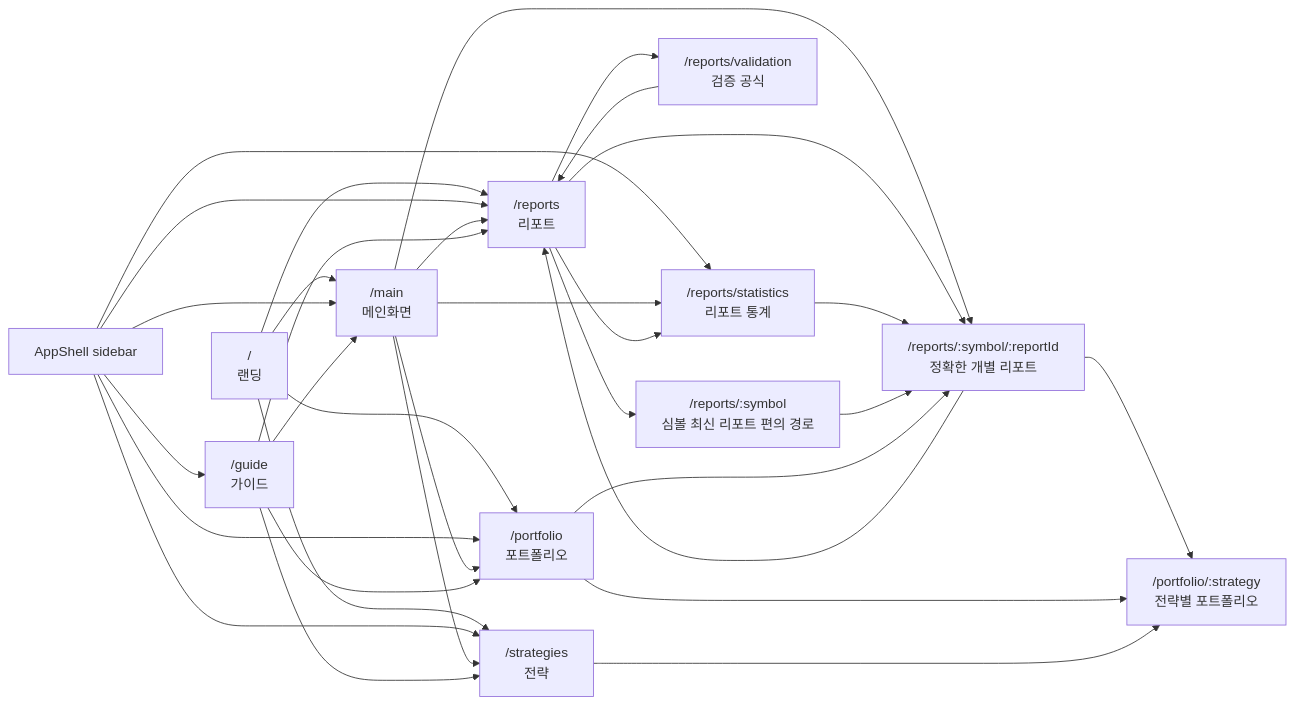
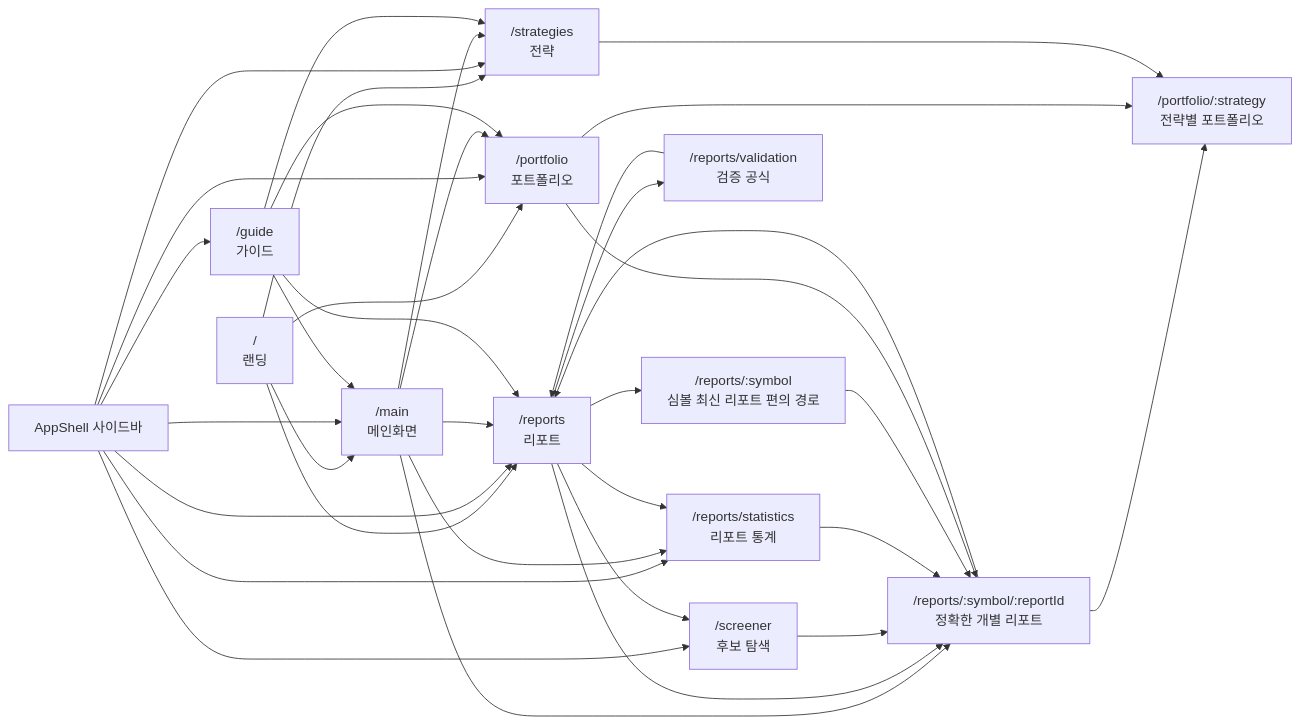
The diagram in docs/navigation-architecture.md (choiinyeol/snusmic-portfolio-lab), drawn with Mermaid before and after one commit. The commit also changed other lines of this file and 9 other files, not shown here.

````diff
--- a/docs/navigation-architecture.md
+++ b/docs/navigation-architecture.md
@@ -7,40 +7,43 @@
 ```mermaid
 flowchart LR
-  Landing["/\n랜딩"] --> Main["/main\n메인화면"]
-  Landing --> Reports["/reports\n리포트"]
-  Landing --> Portfolio["/portfolio\n포트폴리오"]
-  Landing --> Strategies["/strategies\n전략"]
+  Landing["/<br/>랜딩"] --> Main["/main<br/>메인화면"]
+  Landing --> Reports["/reports<br/>리포트"]
+  Landing --> Portfolio["/portfolio<br/>포트폴리오"]
+  Landing --> Strategies["/strategies<br/>전략"]
 
-  Sidebar["AppShell sidebar"] --> Main
+  Sidebar["AppShell 사이드바"] --> Main
   Sidebar --> Portfolio
   Sidebar --> Reports
-  Sidebar --> ReportStats["/reports/statistics\n리포트 통계"]
+  Sidebar --> Screener["/screener<br/>후보 탐색"]
+  Sidebar --> ReportStats["/reports/statistics<br/>리포트 통계"]
   Sidebar --> Strategies
-  Sidebar --> Guide["/guide\n가이드"]
+  Sidebar --> Guide["/guide<br/>가이드"]
 
   Main --> Reports
   Main --> Portfolio
   Main --> Strategies
   Main --> ReportStats
-  Main --> ExactReport["/reports/:symbol/:reportId\n정확한 개별 리포트"]
+  Main --> ExactReport["/reports/:symbol/:reportId<br/>정확한 개별 리포트"]
 
   Reports --> ReportStats
-  Reports --> ReportValidation["/reports/validation\n검증 공식"]
+  Reports --> ReportValidation["/reports/validation<br/>검증 공식"]
   Reports --> ExactReport
-  Reports --> SymbolReport["/reports/:symbol\n심볼 최신 리포트 편의 경로"]
+  Reports --> SymbolReport["/reports/:symbol<br/>심볼 최신 리포트 편의 경로"]
+  Reports --> Screener
+
+  Screener --> ExactReport
 
   ReportStats --> ExactReport
   ReportValidation --> Reports
   ExactReport --> Reports
-  ExactReport --> PortfolioStrategy["/portfolio/:strategy
-전략별 포트폴리오"]
+  ExactReport --> PortfolioStrategy["/portfolio/:strategy<br/>전략별 포트폴리오"]
   SymbolReport --> ExactReport
 
   Portfolio --> PortfolioStrategy
   Portfolio --> ExactReport
   Strategies --> PortfolioStrategy
   Guide --> Main
   Guide --> Reports
   Guide --> Portfolio
   Guide --> Strategies
 ```
````
